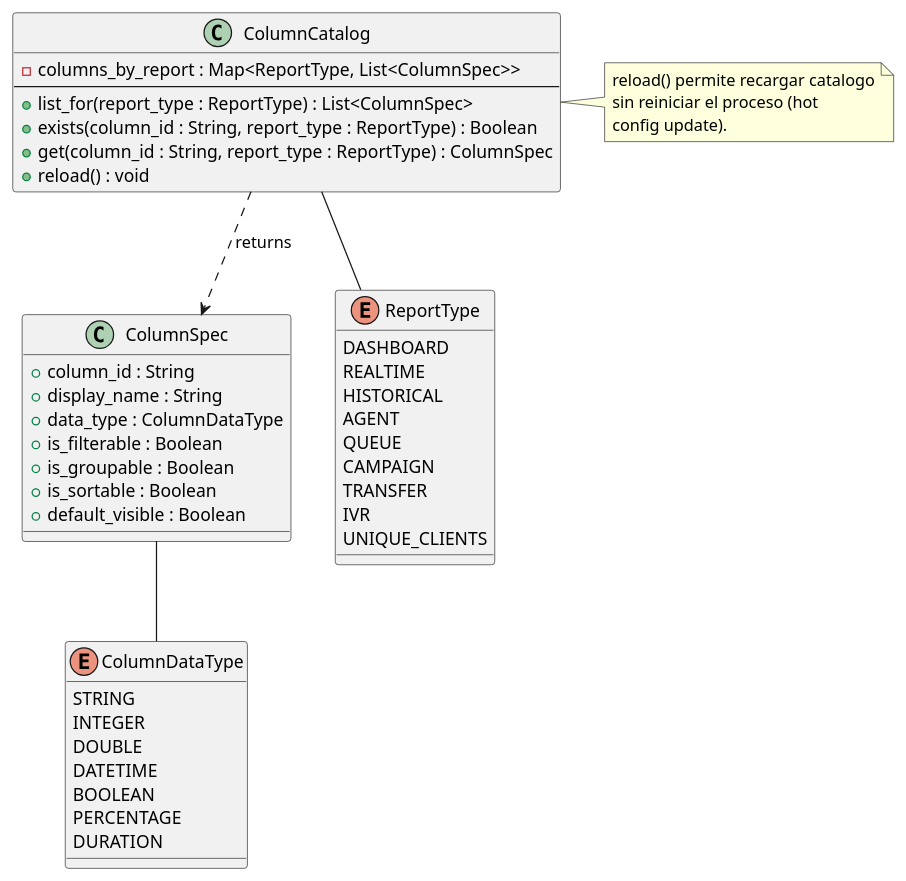
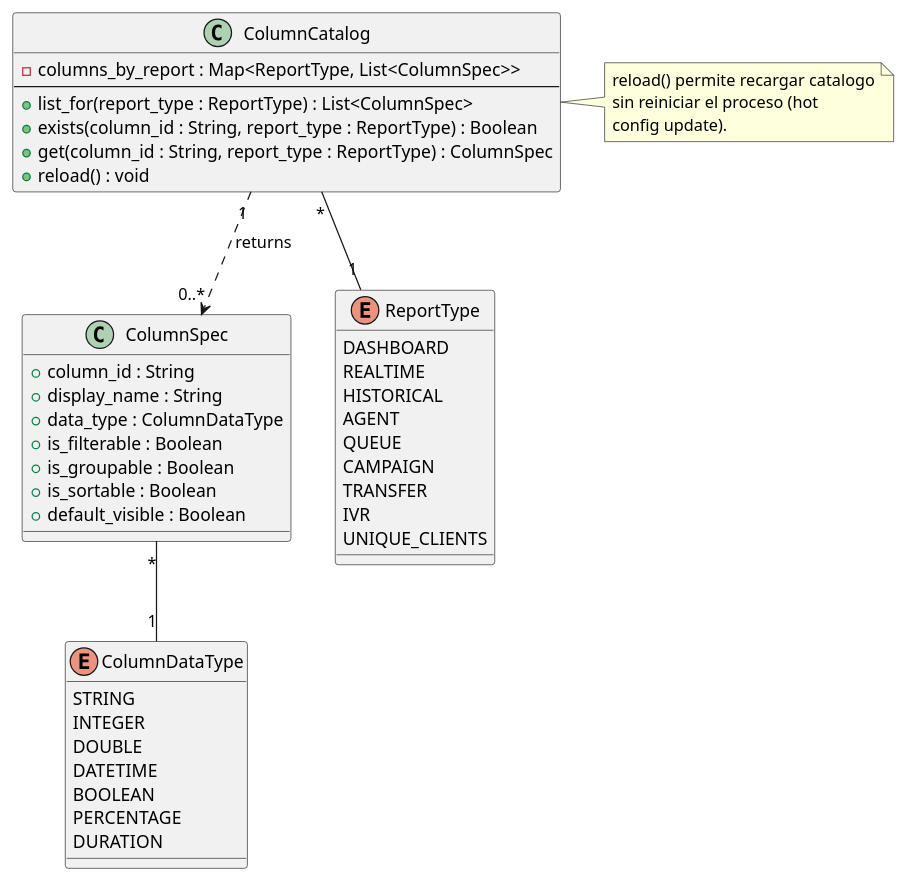
One commit to jcg-admin/IACT-docs changed the diagram in source/arquitectura-tecnica/domain-model/column-catalog.rst. Above: the diagram before and after it, drawn with PlantUML. The commit also changed 44 other files, not shown here.

First line of the commit message:
Apply UML rigor pass batch 3: sweep multiplicities + checklist

```diff
--- a/source/arquitectura-tecnica/domain-model/column-catalog.rst
+++ b/source/arquitectura-tecnica/domain-model/column-catalog.rst
@@ -30,58 +30,58 @@
 .. uml::
  :caption: Clase ColumnCatalog — catálogo de columnas
            disponibles indexado por ReportType.
 
  @startuml
 
  class ColumnCatalog {
    - columns_by_report : Map<ReportType, List<ColumnSpec>>
    --
    + list_for(report_type : ReportType) : List<ColumnSpec>
    + exists(column_id : String, report_type : ReportType) : Boolean
    + get(column_id : String, report_type : ReportType) : ColumnSpec
    + reload() : void
  }
 
  class ColumnSpec {
    + column_id : String
    + display_name : String
    + data_type : ColumnDataType
    + is_filterable : Boolean
    + is_groupable : Boolean
    + is_sortable : Boolean
    + default_visible : Boolean
  }
 
  enum ColumnDataType {
    STRING
    INTEGER
    DOUBLE
    DATETIME
    BOOLEAN
    PERCENTAGE
    DURATION
  }
 
  enum ReportType {
    DASHBOARD
    REALTIME
    HISTORICAL
    AGENT
    QUEUE
    CAMPAIGN
    TRANSFER
    IVR
    UNIQUE_CLIENTS
  }
 
- ColumnCatalog ..> ColumnSpec : returns
- ColumnSpec -- ColumnDataType
- ColumnCatalog -- ReportType
+ ColumnCatalog "1" ..> "0..*" ColumnSpec : returns
+ ColumnSpec "*" -- "1" ColumnDataType
+ ColumnCatalog "*" -- "1" ReportType
 
  note right of ColumnCatalog
    reload() permite recargar catalogo
    sin reiniciar el proceso (hot
    config update).
  end note
 
  @enduml
```
